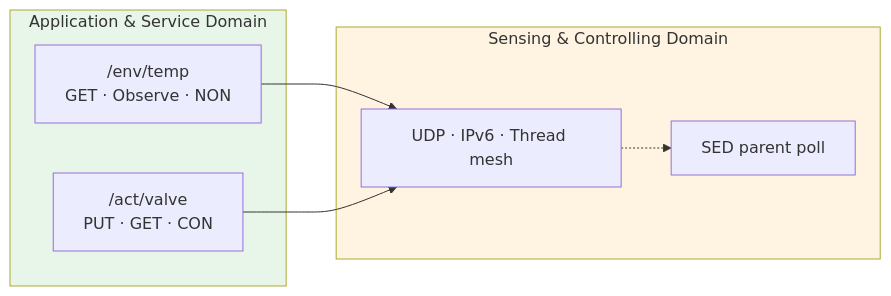
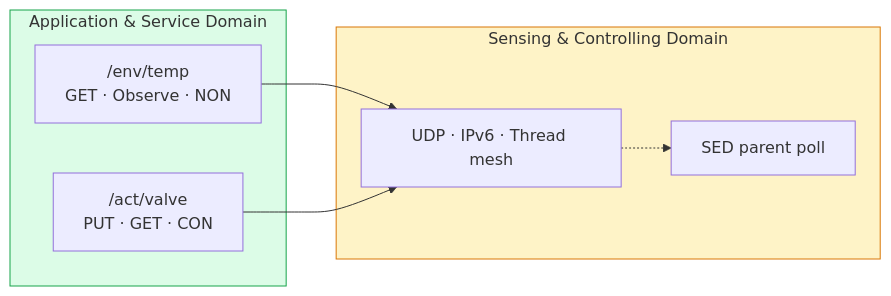
Before and after one commit to Giraldo0712/4201327-iot_systems_design: the diagram in labs/lab3.md, drawn with Mermaid. The commit also changed other lines of this file and 11 other files, not shown here.

````diff
--- a/labs/lab3.md
+++ b/labs/lab3.md
@@ -268,16 +131,16 @@
 ```mermaid
 graph LR
     subgraph ASD [Application & Service Domain]
         T["/env/temp<br/>GET · Observe · NON"]
         V["/act/valve<br/>PUT · GET · CON"]
     end
     subgraph SCD [Sensing & Controlling Domain]
         Mesh[UDP · IPv6 · Thread mesh]
         Poll[SED parent poll]
     end
     T --> Mesh
     V --> Mesh
     Mesh -.-> Poll
-    style ASD fill:#e8f5e9
-    style SCD fill:#fff4e1
+    style ASD fill:#dcfce7,stroke:#16a34a
+    style SCD fill:#fef3c7,stroke:#d97706
 ```
````
